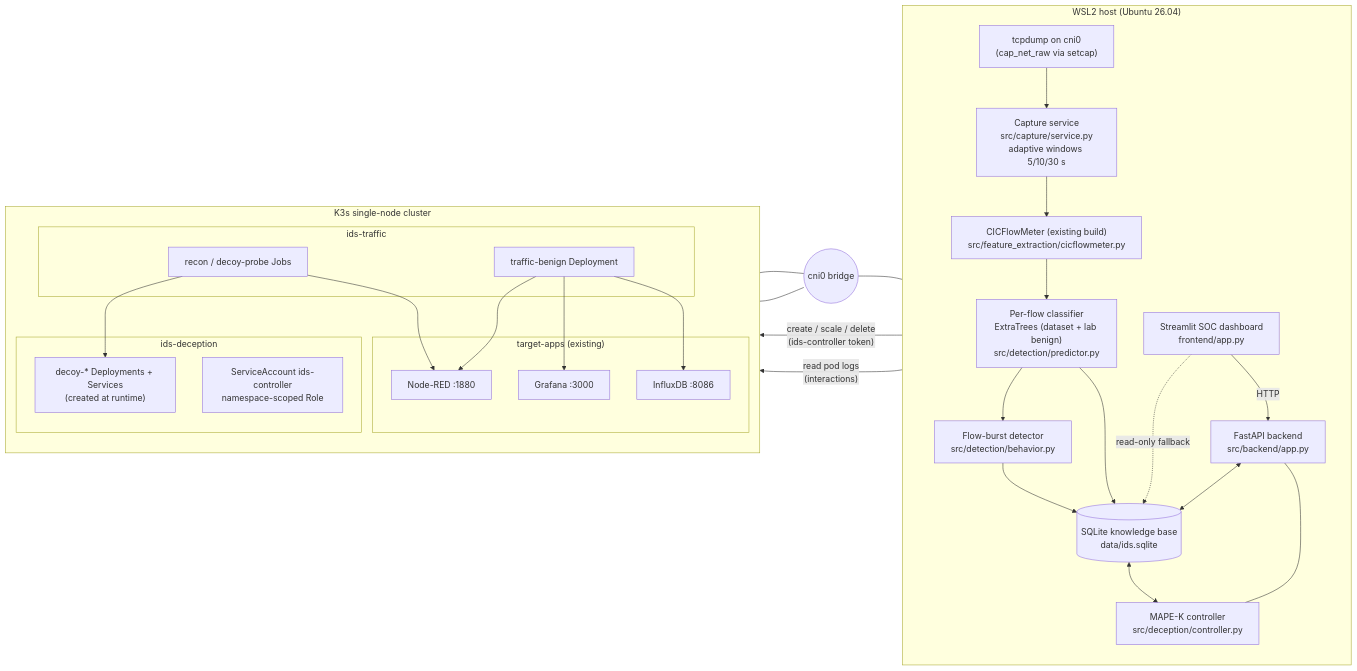
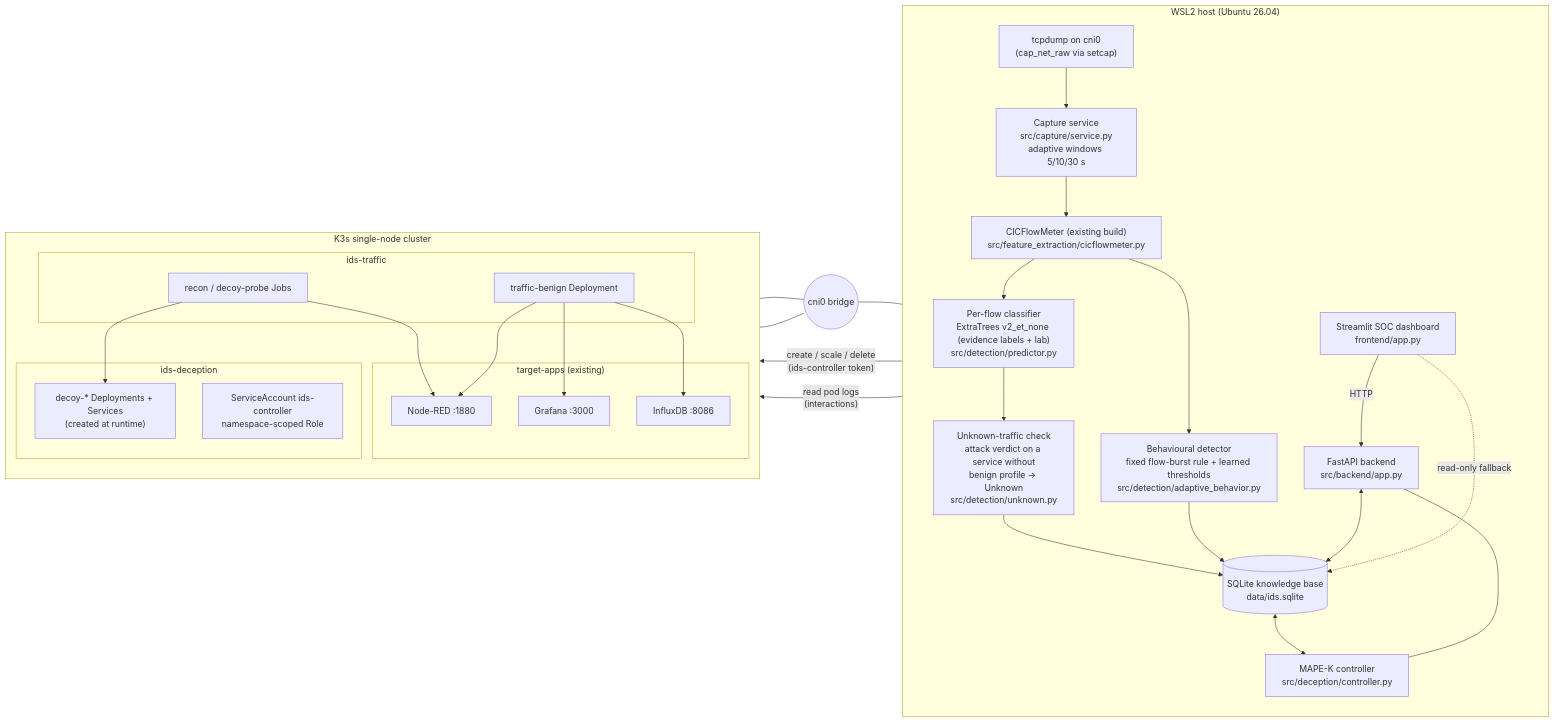
The first of 3 diagrams in docs/architecture.md (BharatRaj2005/k8s-adaptive-ids), drawn with Mermaid before and after one commit. The commit also changed other lines of this file and 32 other files, not shown here.

First line of the commit message:
Phase 3 validation, unknown-traffic handling, dashboard evaluation views

````diff
--- a/docs/architecture.md
+++ b/docs/architecture.md
@@ -5,48 +5,49 @@
 ```mermaid
 flowchart LR
     subgraph host["WSL2 host (Ubuntu 26.04)"]
         direction TB
         tcpdump["tcpdump on cni0<br/>(cap_net_raw via setcap)"]
         cap["Capture service<br/>src/capture/service.py<br/>adaptive windows 5/10/30 s"]
         cfm["CICFlowMeter (existing build)<br/>src/feature_extraction/cicflowmeter.py"]
-        det["Per-flow classifier<br/>ExtraTrees (dataset + lab benign)<br/>src/detection/predictor.py"]
-        beh["Flow-burst detector<br/>src/detection/behavior.py"]
+        det["Per-flow classifier<br/>ExtraTrees v2_et_none (evidence labels + lab)<br/>src/detection/predictor.py"]
+        unk["Unknown-traffic check<br/>attack verdict on a service without<br/>benign profile → Unknown<br/>src/detection/unknown.py"]
+        beh["Behavioural detector<br/>fixed flow-burst rule + learned thresholds<br/>src/detection/adaptive_behavior.py"]
         db[("SQLite knowledge base<br/>data/ids.sqlite")]
         api["FastAPI backend<br/>src/backend/app.py"]
         mapek["MAPE-K controller<br/>src/deception/controller.py"]
         ui["Streamlit SOC dashboard<br/>frontend/app.py"]
-        tcpdump --> cap --> cfm --> det --> db
-        det --> beh --> db
+        tcpdump --> cap --> cfm --> det --> unk --> db
+        cfm --> beh --> db
         db <--> mapek
         api --- mapek
         api <--> db
         ui -->|HTTP| api
         ui -.->|read-only fallback| db
     end
 
     subgraph k3s["K3s single-node cluster"]
         direction TB
         subgraph tns["target-apps (existing)"]
             nr["Node-RED :1880"]
             gf["Grafana :3000"]
             ifx["InfluxDB :8086"]
         end
         subgraph trf["ids-traffic"]
             ben["traffic-benign Deployment"]
             rec["recon / decoy-probe Jobs"]
         end
         subgraph dec["ids-deception"]
             d1["decoy-* Deployments + Services<br/>(created at runtime)"]
             sa["ServiceAccount ids-controller<br/>namespace-scoped Role"]
         end
         ben --> nr & gf & ifx
         rec --> nr
         rec --> d1
     end
 
     cni0(("cni0 bridge")) --- tcpdump
     trf --- cni0
     tns --- cni0
     mapek -->|"create / scale / delete<br/>(ids-controller token)"| d1
     mapek -->|"read pod logs<br/>(interactions)"| d1
 ```
````
